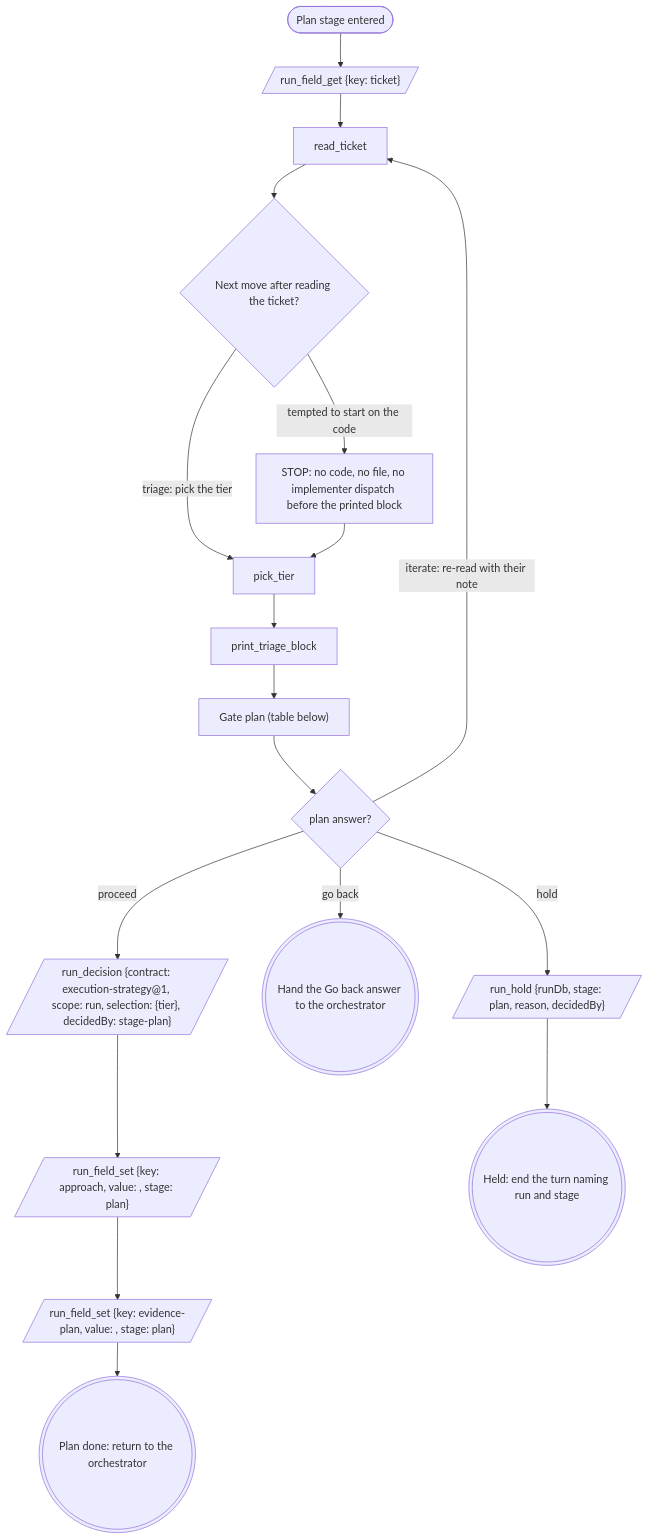
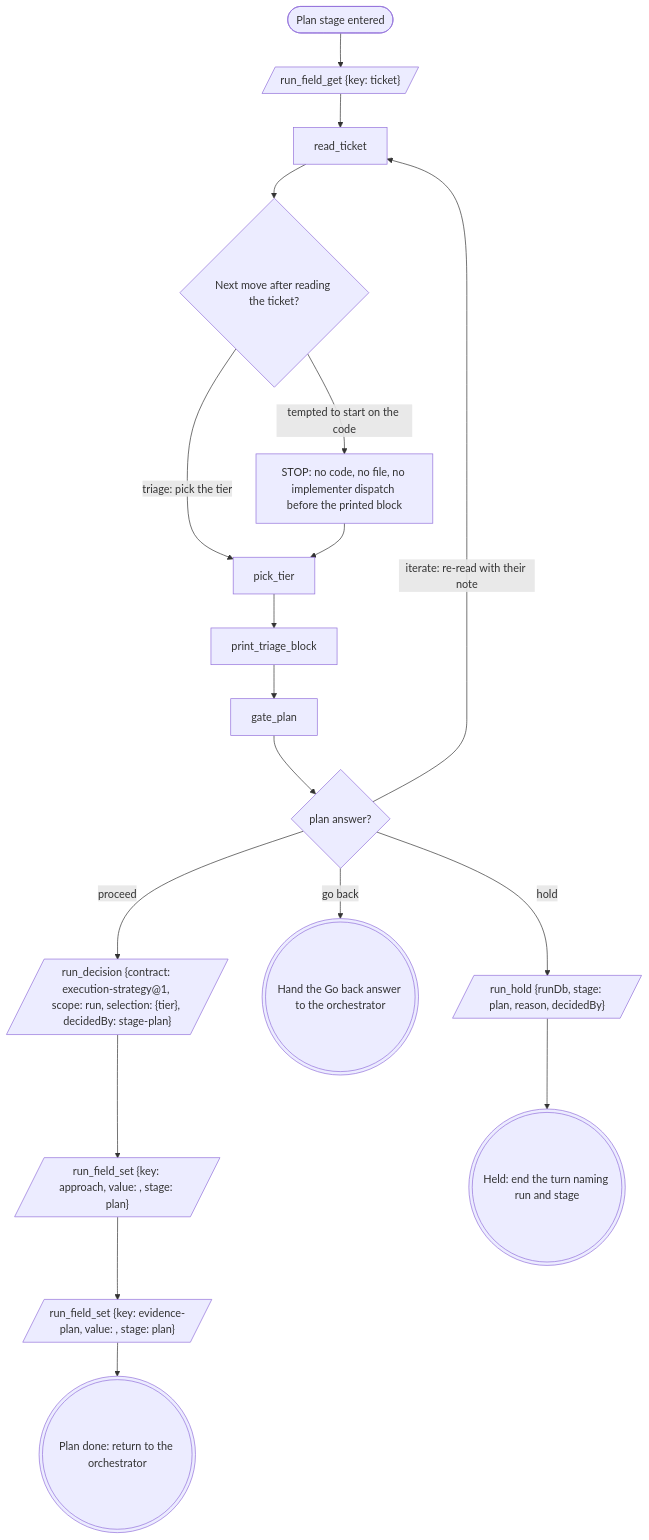
The diagram in plugins/mattstack/attachments/pipeline/stage-plan/index.block.md (m4ttstack/mattstack), drawn with Mermaid before and after one commit. The commit also changed 2 other files, not shown here.

Commit message:
mattstack: stage-plan binds its gate and hand-back nodes
R72: gate-plan.block.md binds node gate_plan, titled with its label
"Gate plan (table below)", and keeps its rules target; the Go back
hand-off is its own hand_back_go_back block. Graph order gives today's
section order.

Residual (unbound and bound): -# Gate `plan` / +# Gate plan (table below);
every other 5a engine "".

````diff
--- a/plugins/mattstack/attachments/pipeline/stage-plan/index.block.md
+++ b/plugins/mattstack/attachments/pipeline/stage-plan/index.block.md
@@ -21,37 +21,37 @@
 ```mermaid
 flowchart TB
 %% name: plan
     plan_entered([Plan stage entered])
     run_field_get_ticket[/"run_field_get {key: ticket}"/]
     read_ticket
     next_move_after_ticket{Next move after reading the ticket?}
     stop_code_before_triage[STOP: no code, no file, no implementer dispatch before the printed block]:::stop
     pick_tier
     print_triage_block
-    gate_plan["Gate plan (table below)"]
+    gate_plan
     plan_answer{plan answer?}
     run_decision_strategy[/"run_decision {contract: execution-strategy@1, scope: run, selection: {tier}, decidedBy: stage-plan}"/]
     run_field_set_approach[/"run_field_set {key: approach, value: <the recorded tier>, stage: plan}"/]
     run_field_set_evidence_plan[/"run_field_set {key: evidence-plan, value: <the EVIDENCE value>, stage: plan}"/]
     hand_back_go_back(((Hand the Go back answer to the orchestrator)))
     run_hold[/"run_hold {runDb, stage: plan, reason, decidedBy}"/]
     held_end_turn(((Held: end the turn naming run and stage)))
     plan_done(((Plan done: return to the orchestrator))):::done
     plan_entered --> run_field_get_ticket
     run_field_get_ticket --> read_ticket
     read_ticket --> next_move_after_ticket
     next_move_after_ticket -->|triage: pick the tier| pick_tier
     next_move_after_ticket -->|tempted to start on the code| stop_code_before_triage
     stop_code_before_triage --> pick_tier
     pick_tier --> print_triage_block
     print_triage_block --> gate_plan
     gate_plan --> plan_answer
     plan_answer -->|proceed| run_decision_strategy
     plan_answer -->|iterate: re-read with their note| read_ticket
     plan_answer -->|go back| hand_back_go_back
     plan_answer -->|hold| run_hold
     run_hold --> held_end_turn
     run_decision_strategy --> run_field_set_approach
     run_field_set_approach --> run_field_set_evidence_plan
     run_field_set_evidence_plan --> plan_done
 ```
````
